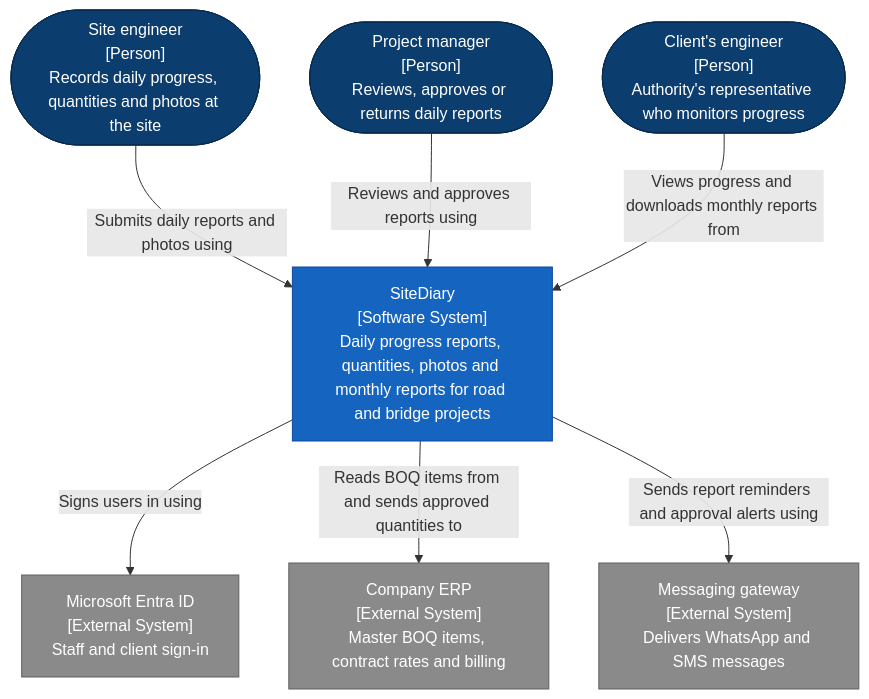
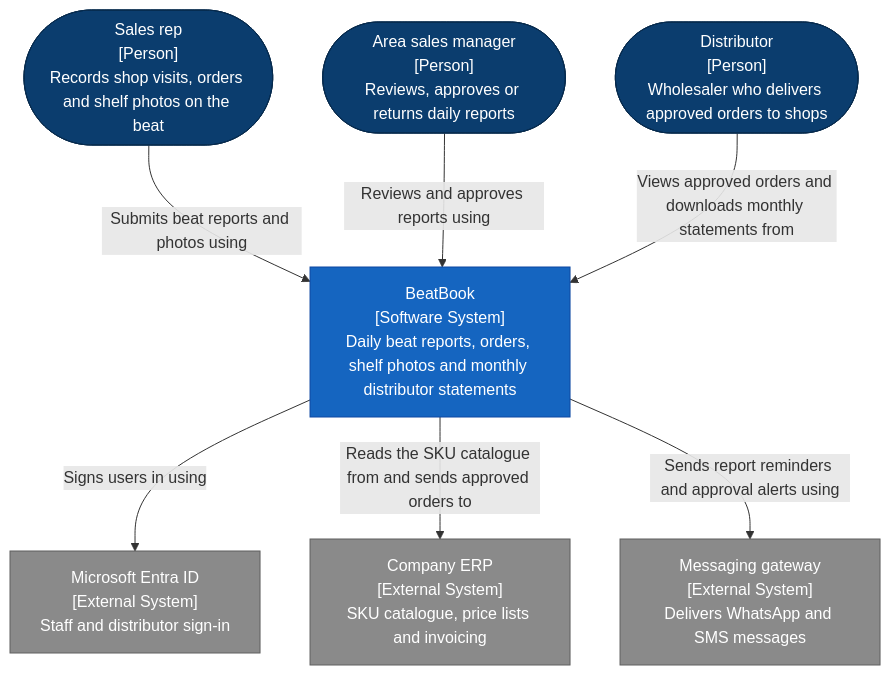
One commit to rizwi0786/system-design-lab changed the first of 7 diagrams in content/lessons/m05/m05-c4-views.md. Above: the diagram before and after it, drawn with Mermaid. The commit also changed other lines of this file and 334 other files, not shown here.

````diff
--- a/content/lessons/m05/m05-c4-views.md
+++ b/content/lessons/m05/m05-c4-views.md
@@ -123,19 +123,19 @@
 ```mermaid
 flowchart TB
-    eng(["Site engineer<br/>[Person]<br/>Records daily progress, quantities and photos at the site"]):::person
-    pm(["Project manager<br/>[Person]<br/>Reviews, approves or returns daily reports"]):::person
-    ce(["Client's engineer<br/>[Person]<br/>Authority's representative who monitors progress"]):::person
-    sd["SiteDiary<br/>[Software System]<br/>Daily progress reports, quantities, photos and monthly reports for road and bridge projects"]:::system
-    idp["Microsoft Entra ID<br/>[External System]<br/>Staff and client sign-in"]:::external
-    erp["Company ERP<br/>[External System]<br/>Master BOQ items, contract rates and billing"]:::external
+    rep(["Sales rep<br/>[Person]<br/>Records shop visits, orders and shelf photos on the beat"]):::person
+    asm(["Area sales manager<br/>[Person]<br/>Reviews, approves or returns daily reports"]):::person
+    dist(["Distributor<br/>[Person]<br/>Wholesaler who delivers approved orders to shops"]):::person
+    bb["BeatBook<br/>[Software System]<br/>Daily beat reports, orders, shelf photos and monthly distributor statements"]:::system
+    idp["Microsoft Entra ID<br/>[External System]<br/>Staff and distributor sign-in"]:::external
+    erp["Company ERP<br/>[External System]<br/>SKU catalogue, price lists and invoicing"]:::external
     msg["Messaging gateway<br/>[External System]<br/>Delivers WhatsApp and SMS messages"]:::external
-    eng -->|"Submits daily reports and photos using"| sd
-    pm -->|"Reviews and approves reports using"| sd
-    ce -->|"Views progress and downloads monthly reports from"| sd
-    sd -->|"Signs users in using"| idp
-    sd -->|"Reads BOQ items from and sends approved quantities to"| erp
-    sd -->|"Sends report reminders and approval alerts using"| msg
+    rep -->|"Submits beat reports and photos using"| bb
+    asm -->|"Reviews and approves reports using"| bb
+    dist -->|"Views approved orders and downloads monthly statements from"| bb
+    bb -->|"Signs users in using"| idp
+    bb -->|"Reads the SKU catalogue from and sends approved orders to"| erp
+    bb -->|"Sends report reminders and approval alerts using"| msg
     classDef person fill:#0b3d6e,color:#ffffff,stroke:#062a4d
     classDef system fill:#1565c0,color:#ffffff,stroke:#0d47a1
     classDef external fill:#8a8a8a,color:#ffffff,stroke:#5f5f5f
 ```
````
